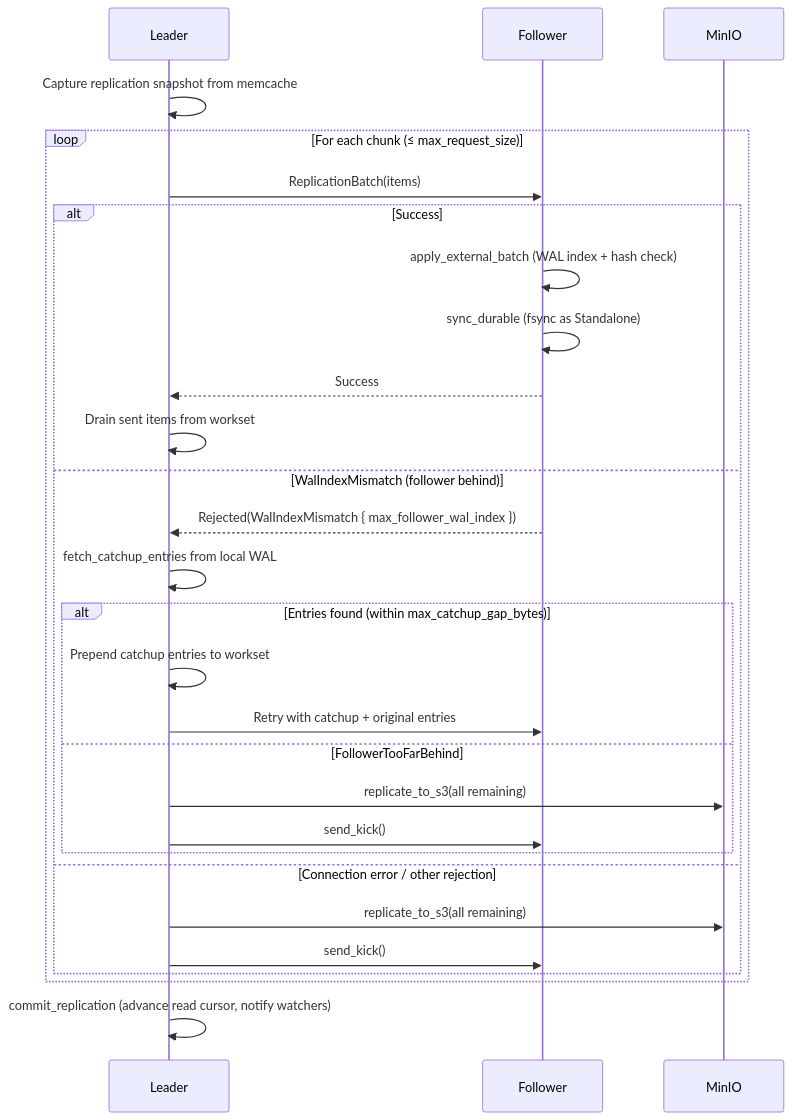
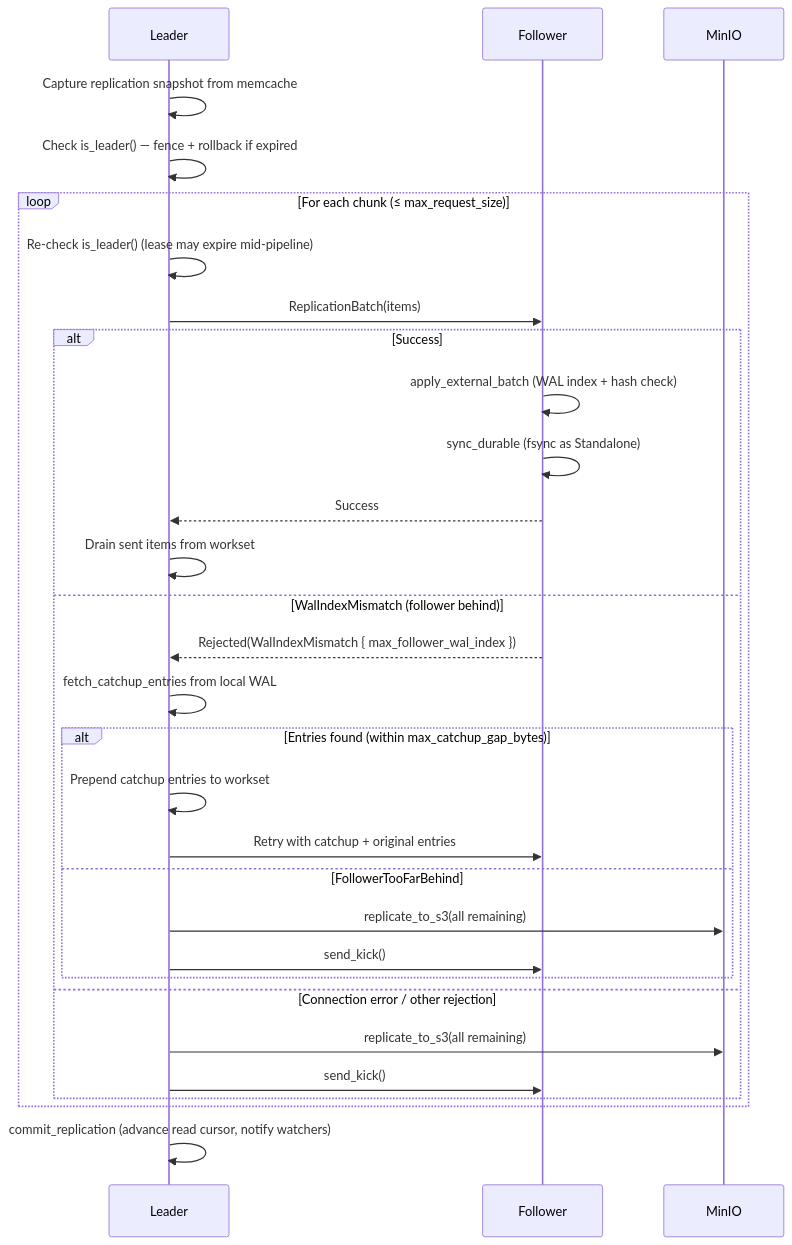
Before and after one commit to celeriant/celeriant-db: the sixth of 12 diagrams in docs/leadership-replication-design.md, drawn with Mermaid. The commit also changed other lines of this file and 2 other files, not shown here.

````diff
--- a/docs/leadership-replication-design.md
+++ b/docs/leadership-replication-design.md
@@ -416,36 +417,38 @@
 ```mermaid
 sequenceDiagram
     participant L as Leader
     participant F as Follower
     participant S3 as MinIO
 
     L->>L: Capture replication snapshot from memcache
+    L->>L: Check is_leader() — fence + rollback if expired
 
     loop For each chunk (≤ max_request_size)
+        L->>L: Re-check is_leader() (lease may expire mid-pipeline)
         L->>F: ReplicationBatch(items)
 
         alt Success
             F->>F: apply_external_batch (WAL index + hash check)
             F->>F: sync_durable (fsync as Standalone)
             F-->>L: Success
             L->>L: Drain sent items from workset
 
         else WalIndexMismatch (follower behind)
             F-->>L: Rejected(WalIndexMismatch { max_follower_wal_index })
             L->>L: fetch_catchup_entries from local WAL
             alt Entries found (within max_catchup_gap_bytes)
                 L->>L: Prepend catchup entries to workset
                 L->>F: Retry with catchup + original entries
             else FollowerTooFarBehind
                 L->>S3: replicate_to_s3(all remaining)
                 L->>F: send_kick()
             end
 
         else Connection error / other rejection
             L->>S3: replicate_to_s3(all remaining)
             L->>F: send_kick()
         end
     end
 
     L->>L: commit_replication (advance read cursor, notify watchers)
 ```
````
